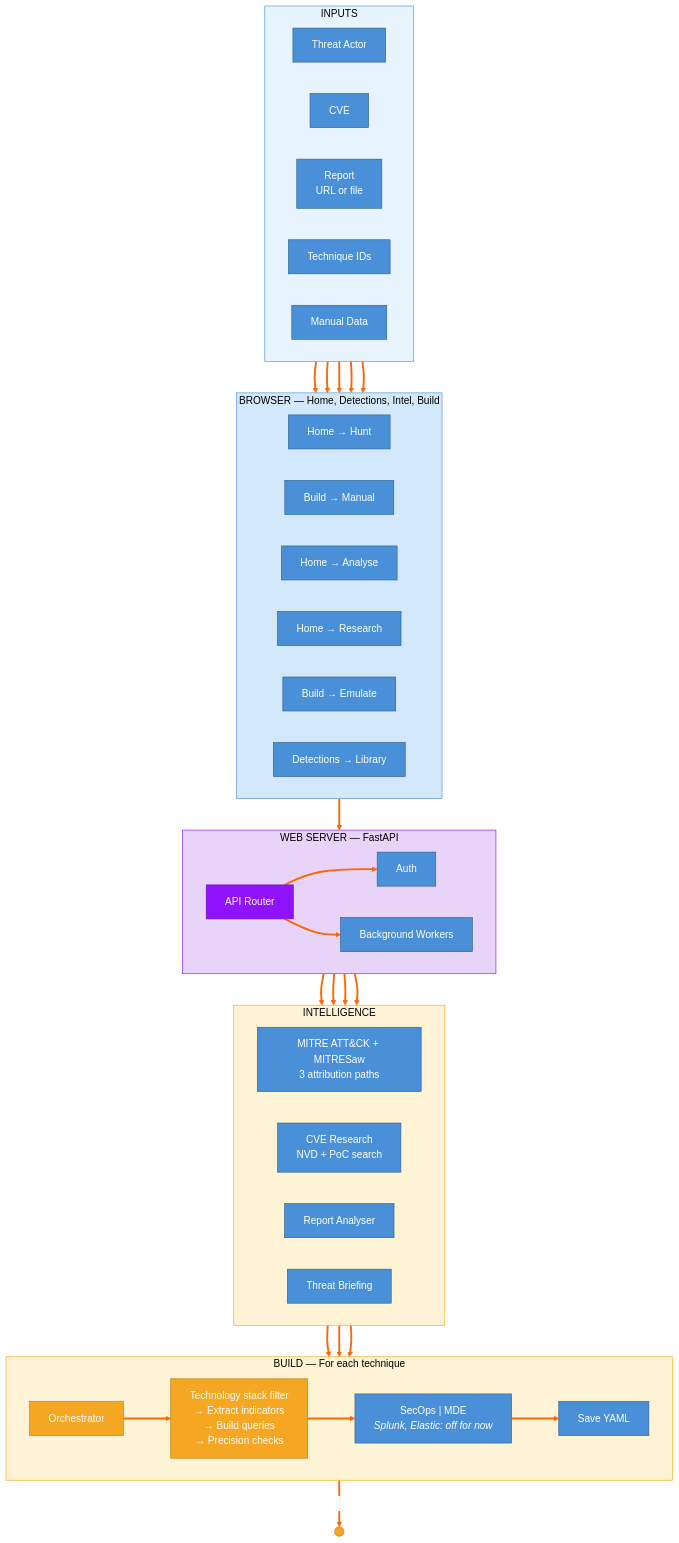
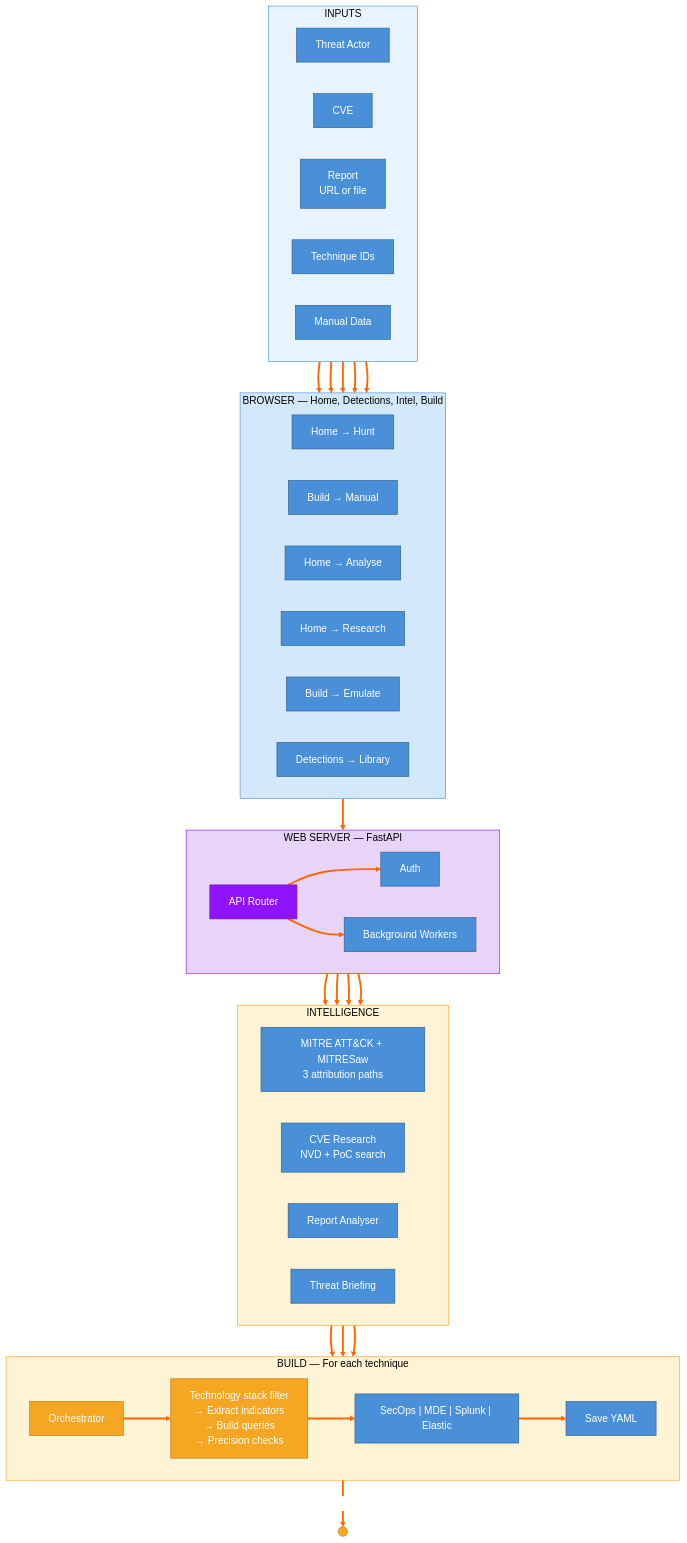
One commit to cmdaltr/shikari changed the first of 13 diagrams in docs/architecture/mermaid/MERMAID_DIAGRAMS.md. Above: the diagram before and after it, drawn with Mermaid. The commit also changed other lines of this file and 13 other files, not shown here.

````diff
--- a/docs/architecture/mermaid/MERMAID_DIAGRAMS.md
+++ b/docs/architecture/mermaid/MERMAID_DIAGRAMS.md
@@ -14,75 +14,75 @@
 ```mermaid
 %%{init: {'theme': 'base', 'themeVariables': {'lineColor': '#ff6600', 'edgeLabelBackground': '#ffffff', 'primaryColor': '#4a90d9', 'primaryTextColor': '#ffffff', 'primaryBorderColor': '#2c5f8a', 'secondaryColor': '#e8e8e8', 'tertiaryColor': '#f5f5f5', 'clusterBkg': '#f0f0f0', 'clusterBorder': '#999999', 'titleColor': '#000000', 'nodeTextColor': '#000000', 'background': '#ffffff'}}}%%
 flowchart TD
     subgraph INPUTS ["INPUTS"]
         direction LR
         IN_GROUP["Threat Actor"]
         IN_CVE["CVE"]
         IN_BLOG["Report<br/>URL or file"]
         IN_TECH["Technique IDs"]
         IN_MANUAL["Manual Data"]
     end
 
     subgraph UI ["BROWSER — Home, Detections, Intel, Build"]
         direction LR
         TAB_GEN["Home → Hunt"]
         TAB_MANUAL["Build → Manual"]
         TAB_HUNT["Home → Analyse"]
         TAB_RESEARCH["Home → Research"]
         TAB_EMULATE["Build → Emulate"]
         TAB_LIBRARY["Detections → Library"]
     end
 
     subgraph SERVER ["WEB SERVER — FastAPI"]
         direction LR
         API["API Router"]
         AUTH["Auth"]
         BG["Background Workers"]
     end
 
     subgraph INTEL ["INTELLIGENCE"]
         direction LR
         MITRE["MITRE ATT&CK + MITRESaw<br/>3 attribution paths"]
         CVE_R["CVE Research<br/>NVD + PoC search"]
         BLOG_A["Report Analyser"]
         BRIEF["Threat Briefing"]
     end
 
     subgraph BUILD ["BUILD — For each technique"]
         direction LR
         ORCH["Orchestrator"]
         COMPILE["Technology stack filter<br/>→ Extract indicators<br/>→ Build queries<br/>→ Precision checks"]
-        VENDORS["SecOps | MDE<br/><i>Splunk, Elastic: off for now</i>"]
+        VENDORS["SecOps | MDE | Splunk | Elastic"]
         YAML_OUT["Save YAML"]
         ORCH --> COMPILE --> VENDORS --> YAML_OUT
     end
 
     IN_GROUP & IN_CVE & IN_TECH --> TAB_GEN
     IN_BLOG --> TAB_HUNT
     IN_MANUAL --> TAB_MANUAL
 
     UI --> SERVER
     API --> AUTH
     API --> BG
 
     BG --> MITRE & CVE_R & BLOG_A & BRIEF
     MITRE & CVE_R & BLOG_A --> ORCH
 
     YAML_OUT ==>|"To Part B"| CONTINUE((" "))
 
     style INPUTS fill:#e8f4fd,stroke:#4a90d9
     style UI fill:#d4e8fc,stroke:#4a90d9
     style SERVER fill:#e8d4f8,stroke:#9013fe
     style INTEL fill:#fef3d4,stroke:#f5a623
     style BUILD fill:#fef3d4,stroke:#f5a623
     style IN_GROUP fill:#4a90d9,stroke:#2c5f8a,color:#fff
     style IN_CVE fill:#4a90d9,stroke:#2c5f8a,color:#fff
     style IN_BLOG fill:#4a90d9,stroke:#2c5f8a,color:#fff
     style IN_TECH fill:#4a90d9,stroke:#2c5f8a,color:#fff
     style IN_MANUAL fill:#4a90d9,stroke:#2c5f8a,color:#fff
     style API fill:#9013fe,stroke:#6b0fb8,color:#fff
     style ORCH fill:#f5a623,stroke:#c17d10,color:#fff
     style COMPILE fill:#f5a623,stroke:#c17d10,color:#fff
     style CONTINUE fill:#f5a623,stroke:#c17d10,color:#fff
     linkStyle default stroke:#ff6600,stroke-width:3px
 ```
````
